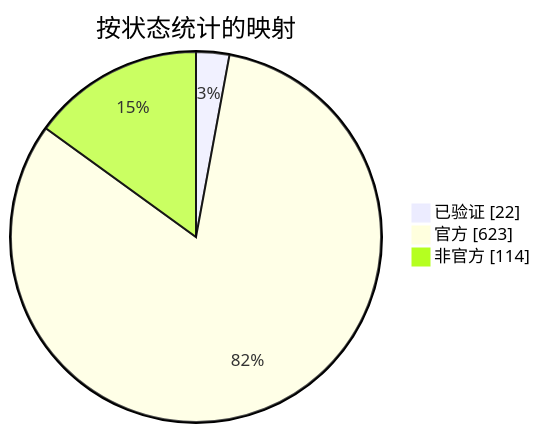
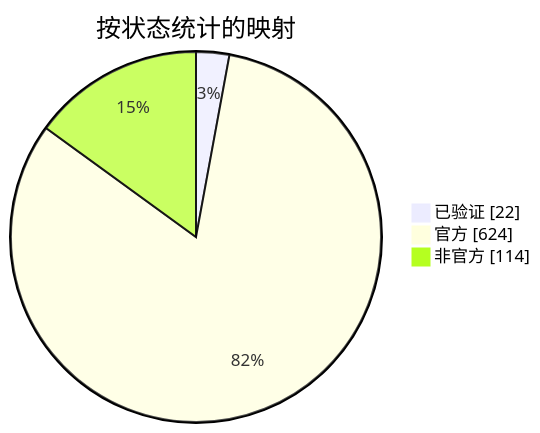
One commit to nobrega8/mbmap-library changed the diagram in docs/readme/README_ZHS.md. Above: the diagram before and after it, drawn with Mermaid. The commit also changed 6 other files, not shown here.

````diff
--- a/docs/readme/README_ZHS.md
+++ b/docs/readme/README_ZHS.md
@@ -54,7 +54,7 @@
 ```mermaid
 pie showData
     title 按状态统计的映射
     "已验证" : 22
-    "官方" : 623
+    "官方" : 624
     "非官方" : 114
 ```
````
